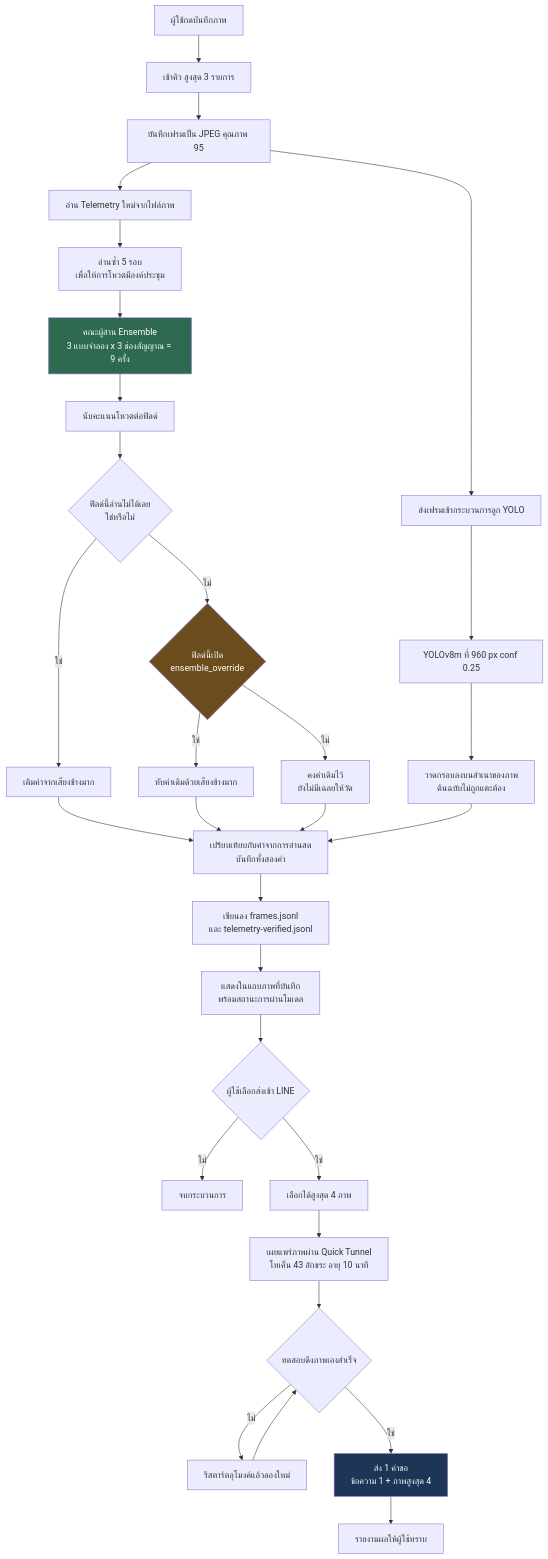
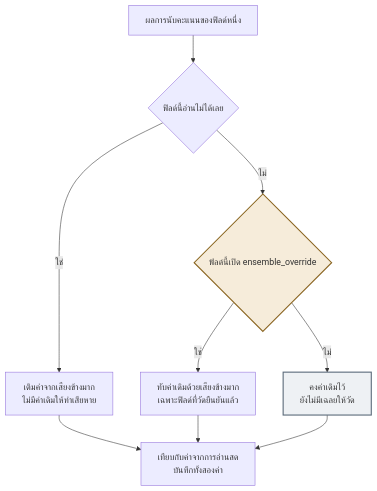
One commit to marburg4542/telemetry-vision changed the fifth of 7 diagrams in docs/telemetry-ocr-technical-report.md. Above: the diagram before and after it, drawn with Mermaid. The commit also changed other lines of this file and 1 other file, not shown here.

First line of the commit message:
Split the flowcharts so their labels survive a printed page

````diff
--- a/docs/telemetry-ocr-technical-report.md
+++ b/docs/telemetry-ocr-technical-report.md
@@ -638,42 +677,14 @@
 ```mermaid
 flowchart TD
-    V["ผู้ใช้กดบันทึกภาพ"] --> W["เข้าคิว สูงสุด 3 รายการ"]
-    W --> X["บันทึกเฟรมเป็น JPEG คุณภาพ 95"]
+    A["ผลการนับคะแนนของฟิลด์หนึ่ง"] --> B{"ฟิลด์นี้อ่านไม่ได้เลย"}
+    B -- "ใช่" --> C["เติมค่าจากเสียงข้างมาก<br/>ไม่มีค่าเดิมให้ทำเสียหาย"]
+    B -- "ไม่" --> D{"ฟิลด์นี้เปิด ensemble_override"}
+    D -- "ใช่" --> E["ทับค่าเดิมด้วยเสียงข้างมาก<br/>เฉพาะฟิลด์ที่วัดยืนยันแล้ว"]
+    D -- "ไม่" --> F["คงค่าเดิมไว้<br/>ยังไม่มีเฉลยให้วัด"]
+    C --> G["เทียบกับค่าจากการอ่านสด<br/>บันทึกทั้งสองค่า"]
+    E --> G
+    F --> G
 
-    X --> Y["ส่งเฟรมเข้ากระบวนการลูก YOLO"]
-    Y --> Z["YOLOv8m ที่ 960 px conf 0.25"]
-    Z --> AA["วาดกรอบลงบนสำเนาของภาพ<br/>ต้นฉบับไม่ถูกแตะต้อง"]
-
-    X --> AB["อ่าน Telemetry ใหม่จากไฟล์ภาพ"]
-    AB --> AC["อ่านซ้ำ 5 รอบ<br/>เพื่อให้การโหวตมีองค์ประชุม"]
-    AC --> AD["คณะผู้อ่าน Ensemble<br/>3 แบบจำลอง x 3 ช่องสัญญาณ = 9 ครั้ง"]
-    AD --> AE["นับคะแนนโหวตต่อฟิลด์"]
-
-    AE --> AF{"ฟิลด์นี้อ่านไม่ได้เลย<br/>ใช่หรือไม่"}
-    AF -- "ใช่" --> AG["เติมค่าจากเสียงข้างมาก"]
-    AF -- "ไม่" --> AH{"ฟิลด์นี้เปิด<br/>ensemble_override"}
-    AH -- "ใช่" --> AI["ทับค่าเดิมด้วยเสียงข้างมาก"]
-    AH -- "ไม่" --> AJ["คงค่าเดิมไว้<br/>ยังไม่มีเฉลยให้วัด"]
-
-    AG --> AK
-    AI --> AK
-    AJ --> AK["เปรียบเทียบกับค่าจากการอ่านสด<br/>บันทึกทั้งสองค่า"]
-    AA --> AK
-
-    AK --> AL["เขียนลง frames.jsonl<br/>และ telemetry-verified.jsonl"]
-    AL --> AM["แสดงในแถบภาพที่บันทึก<br/>พร้อมสถานะการผ่านโมเดล"]
-
-    AM --> AN{"ผู้ใช้เลือกส่งเข้า LINE"}
-    AN -- "ไม่" --> AO["จบกระบวนการ"]
-    AN -- "ใช่" --> AP["เลือกได้สูงสุด 4 ภาพ"]
-    AP --> AQ["เผยแพร่ภาพผ่าน Quick Tunnel<br/>โทเค็น 43 อักขระ อายุ 10 นาที"]
-    AQ --> AR{"ทดสอบดึงภาพเองสำเร็จ"}
-    AR -- "ไม่" --> AS["รีสตาร์ตอุโมงค์แล้วลองใหม่"]
-    AS --> AR
-    AR -- "ใช่" --> AT["ส่ง 1 คำขอ<br/>ข้อความ 1 + ภาพสูงสุด 4"]
-    AT --> AU["รายงานผลให้ผู้ใช้ทราบ"]
-
-    style AD fill:#2d6a4f,color:#ffffff
-    style AH fill:#6a4c1d,color:#ffffff
-    style AT fill:#1d3557,color:#ffffff
+    style D fill:#f6ecda,stroke:#8a6520,stroke-width:2px
+    style F fill:#eef1f4,stroke:#5b6b7a,stroke-width:2px
 ```
````
